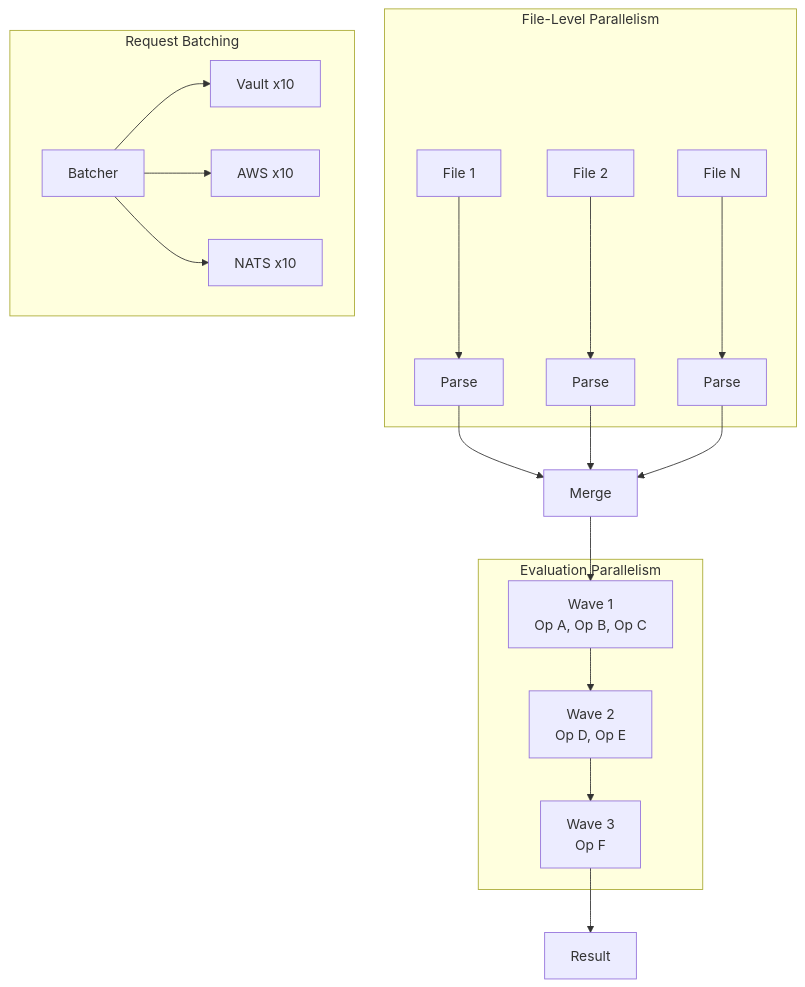
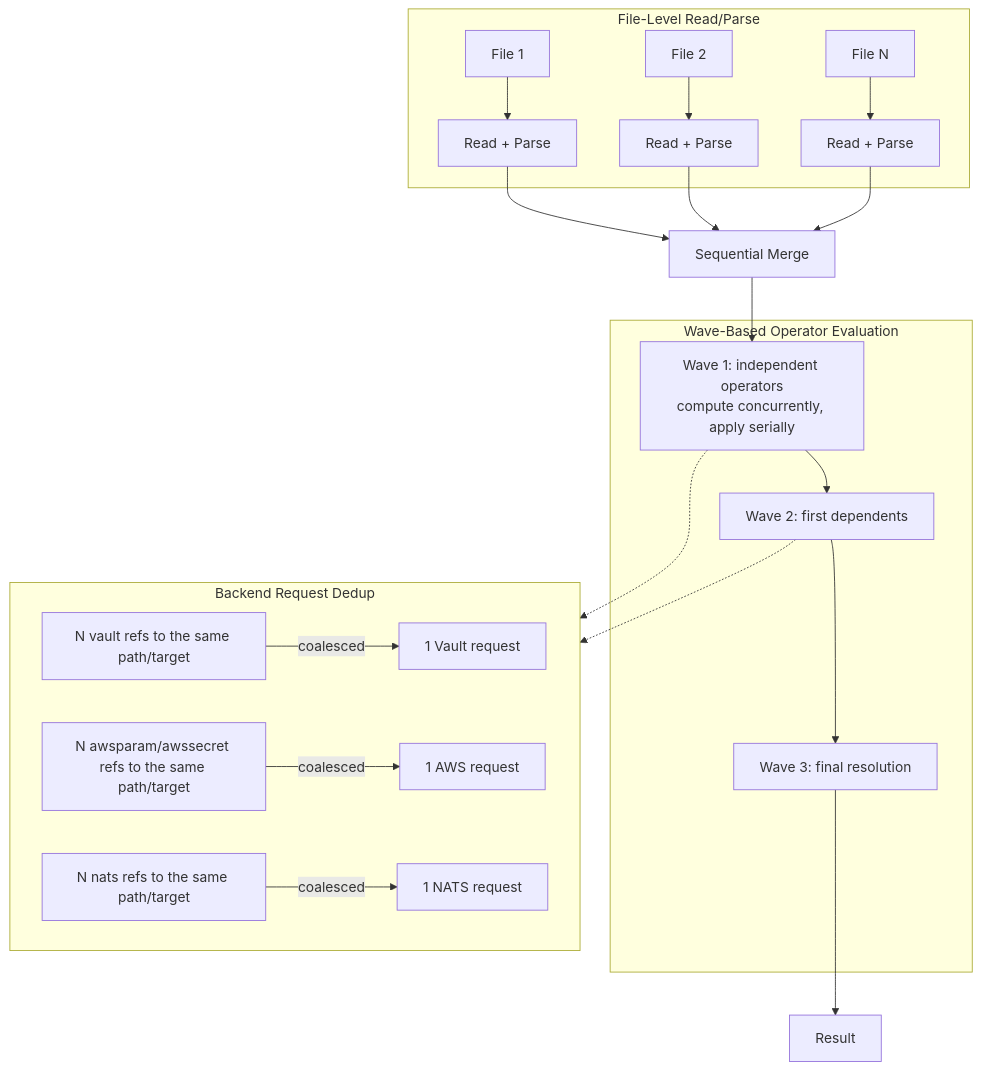
Before and after one commit to fivetwenty-io/graft: the diagram in docs/architecture/parallelism.md, drawn with Mermaid. The commit also changed other lines of this file and 15 other files, not shown here.

````diff
--- a/docs/architecture/parallelism.md
+++ b/docs/architecture/parallelism.md
@@ -7,29 +7,29 @@
 ```mermaid
 flowchart TB
-    subgraph FileLevel["File-Level Parallelism"]
+    subgraph FileLevel["File-Level Read/Parse"]
         F1[File 1] & F2[File 2] & FN[File N]
-        P1[Parse] & P2[Parse] & PN[Parse]
+        P1[Read + Parse] & P2[Read + Parse] & PN[Read + Parse]
         F1 --> P1
         F2 --> P2
         FN --> PN
     end
 
-    subgraph EvalLevel["Evaluation Parallelism"]
-        W1["Wave 1<br/>Op A, Op B, Op C"]
-        W2["Wave 2<br/>Op D, Op E"]
-        W3["Wave 3<br/>Op F"]
+    subgraph EvalLevel["Wave-Based Operator Evaluation"]
+        W1["Wave 1: independent operators<br/>compute concurrently, apply serially"]
+        W2["Wave 2: first dependents"]
+        W3["Wave 3: final resolution"]
         W1 --> W2 --> W3
     end
 
-    subgraph BatchLevel["Request Batching"]
-        BATCHER[Batcher]
-        V[Vault x10]
-        A[AWS x10]
-        N[NATS x10]
-        BATCHER --> V & A & N
+    subgraph Dedup["Backend Request Dedup"]
+        V["N vault refs to the same path/target"] -->|coalesced| VC[1 Vault request]
+        A["N awsparam/awssecret refs to the same path/target"] -->|coalesced| AC[1 AWS request]
+        NA["N nats refs to the same path/target"] -->|coalesced| NC[1 NATS request]
     end
 
-    P1 & P2 & PN --> MERGE[Merge]
+    P1 & P2 & PN --> MERGE[Sequential Merge]
     MERGE --> W1
+    W1 -.-> Dedup
+    W2 -.-> Dedup
     W3 --> RESULT[Result]
 ```
````
